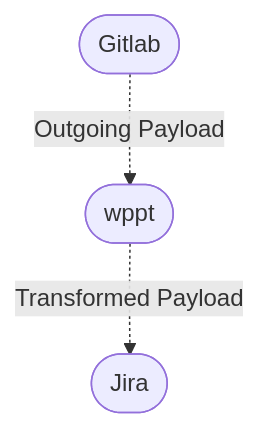
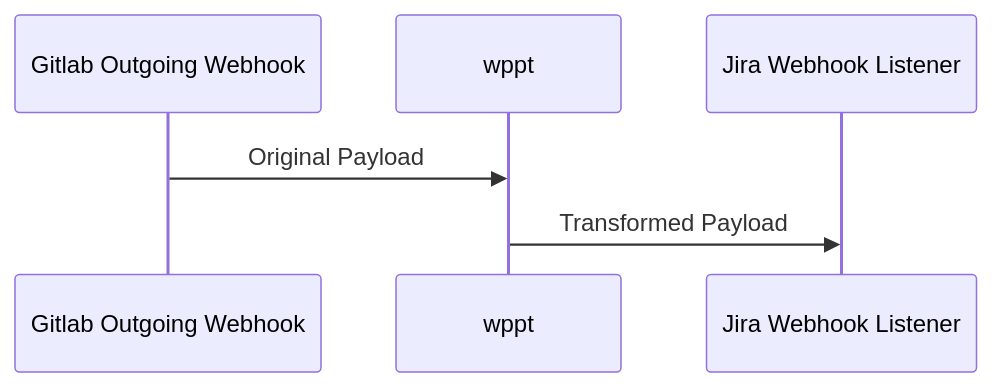
Before and after one commit to redhat-performance/wppt: the diagram in README.md, drawn with Mermaid.

Commit message:
docs: changed diagram

````diff
--- a/README.md
+++ b/README.md
@@ -19,5 +19,5 @@
 ```mermaid
- flowchart TD
-    id1([Gitlab]) -. Outgoing Payload .-> id2([wppt])
-    id2([wppt]) -. Transformed Payload .-> id3([Jira])
+ sequenceDiagram
+    Gitlab Outgoing Webhook->>wppt: Original Payload
+    wppt->>Jira Webhook Listener: Transformed Payload
 ```
````
